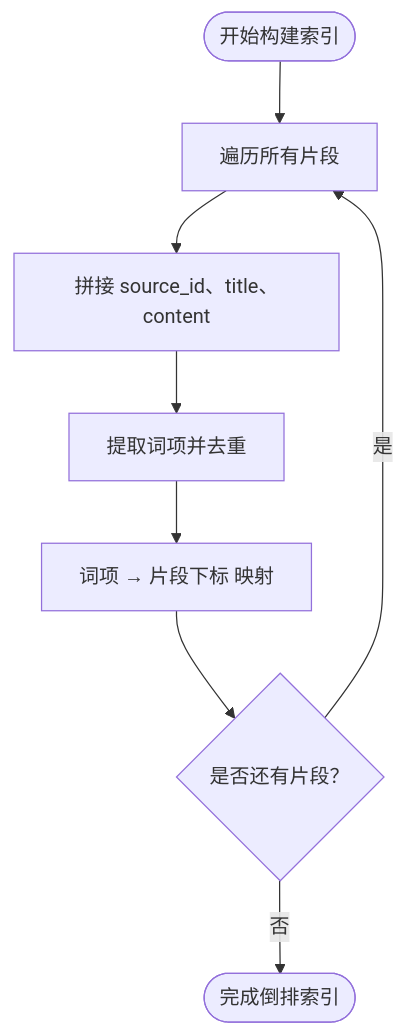
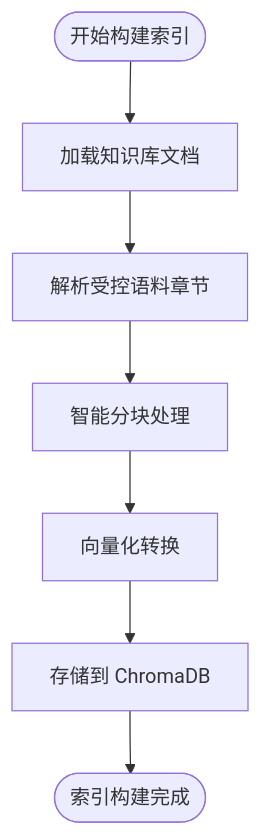
The fifth of 9 diagrams in .qoder/repowiki/zh/content/RAG 知识检索.md (xyx1028/agentHelp), drawn with Mermaid before and after one commit. The commit also changed other lines of this file and 115 other files, not shown here.

````diff
--- a/.qoder/repowiki/zh/content/RAG 知识检索.md
+++ b/.qoder/repowiki/zh/content/RAG 知识检索.md
@@ -164,10 +174,9 @@
 ```mermaid
 flowchart TD
-T(["开始构建索引"]) --> IterateChunks["遍历所有片段"]
-IterateChunks --> JoinText["拼接 source_id、title、content"]
-JoinText --> ExtractTerms["提取词项并去重"]
-ExtractTerms --> MapIndex["词项 → 片段下标 映射"]
-MapIndex --> NextChunk{"是否还有片段？"}
-NextChunk --> |是| IterateChunks
-NextChunk --> |否| Done(["完成倒排索引"])
+T(["开始构建索引"]) --> LoadDocs["加载知识库文档"]
+LoadDocs --> ParseSections["解析受控语料章节"]
+ParseSections --> SplitChunks["智能分块处理"]
+SplitChunks --> EmbedVectors["向量化转换"]
+EmbedVectors --> StoreChroma["存储到 ChromaDB"]
+StoreChroma --> Done(["索引构建完成"])
 ```
````
